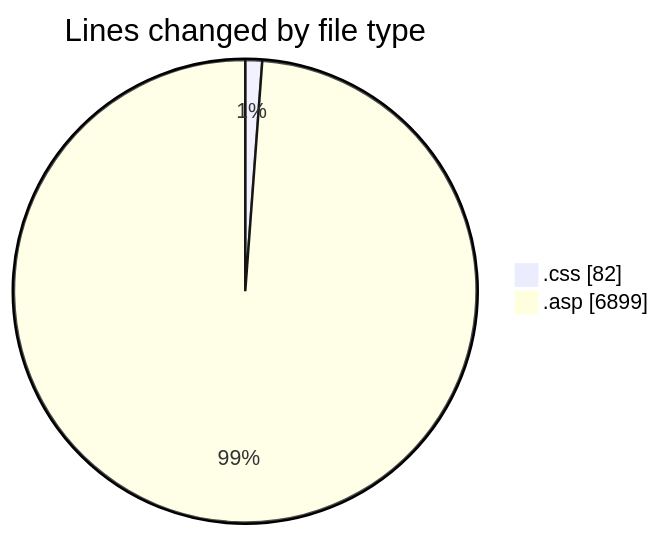
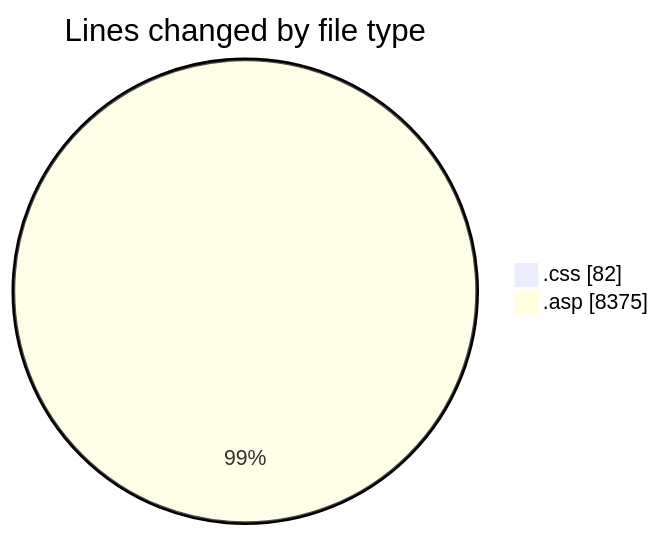
One commit to julien-gomy/code-tracking changed the first of 2 diagrams in 2025-11-16/cdp_aleoudev_fr__workspace_/README.md. Above: the diagram before and after it, drawn with Mermaid. The commit also changed other lines of this file and 1 other file, not shown here.

````diff
--- a/2025-11-16/cdp_aleoudev_fr__workspace_/README.md
+++ b/2025-11-16/cdp_aleoudev_fr__workspace_/README.md
@@ -29,6 +30,6 @@
 ```mermaid
 pie showData
 title Lines changed by file type
 ".css" : 82
-".asp" : 6899
+".asp" : 8375
 ```
````
